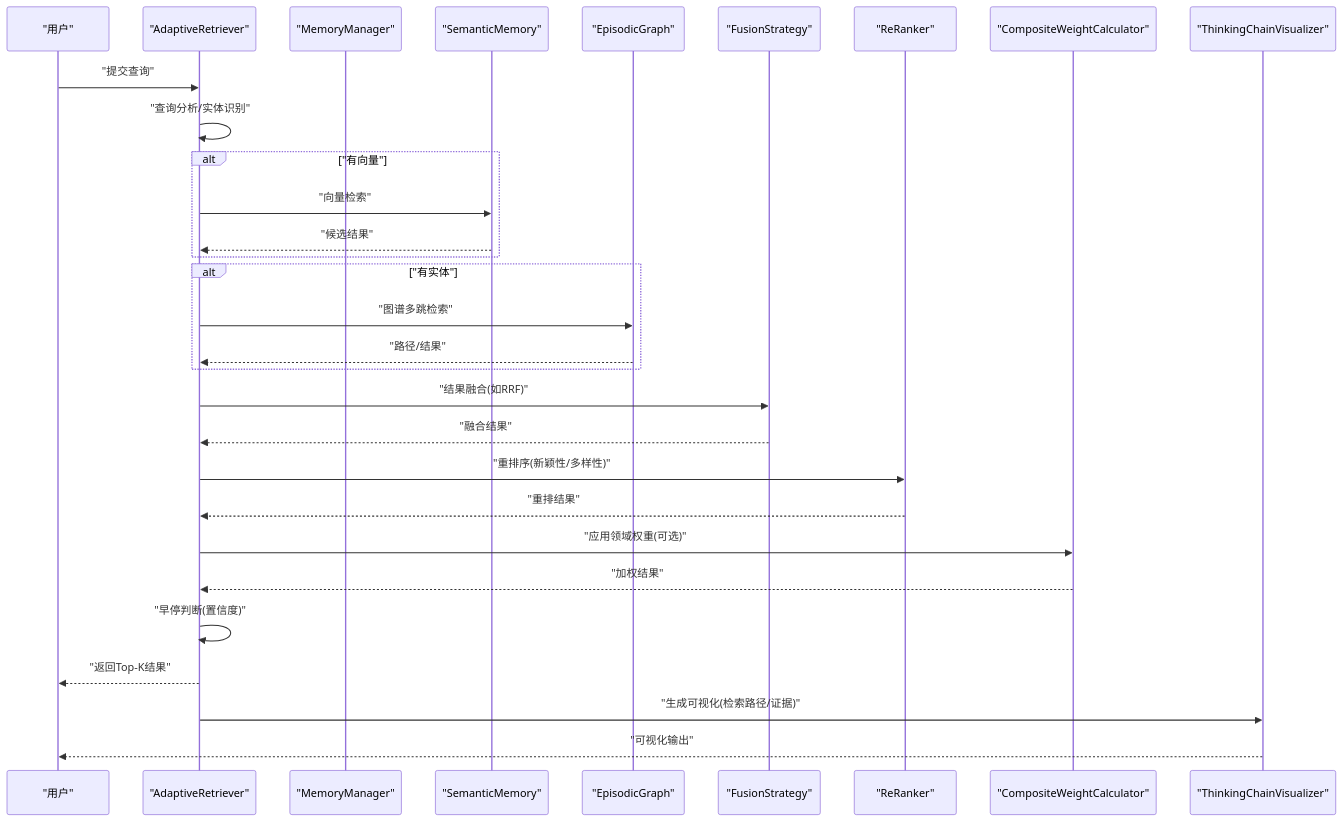
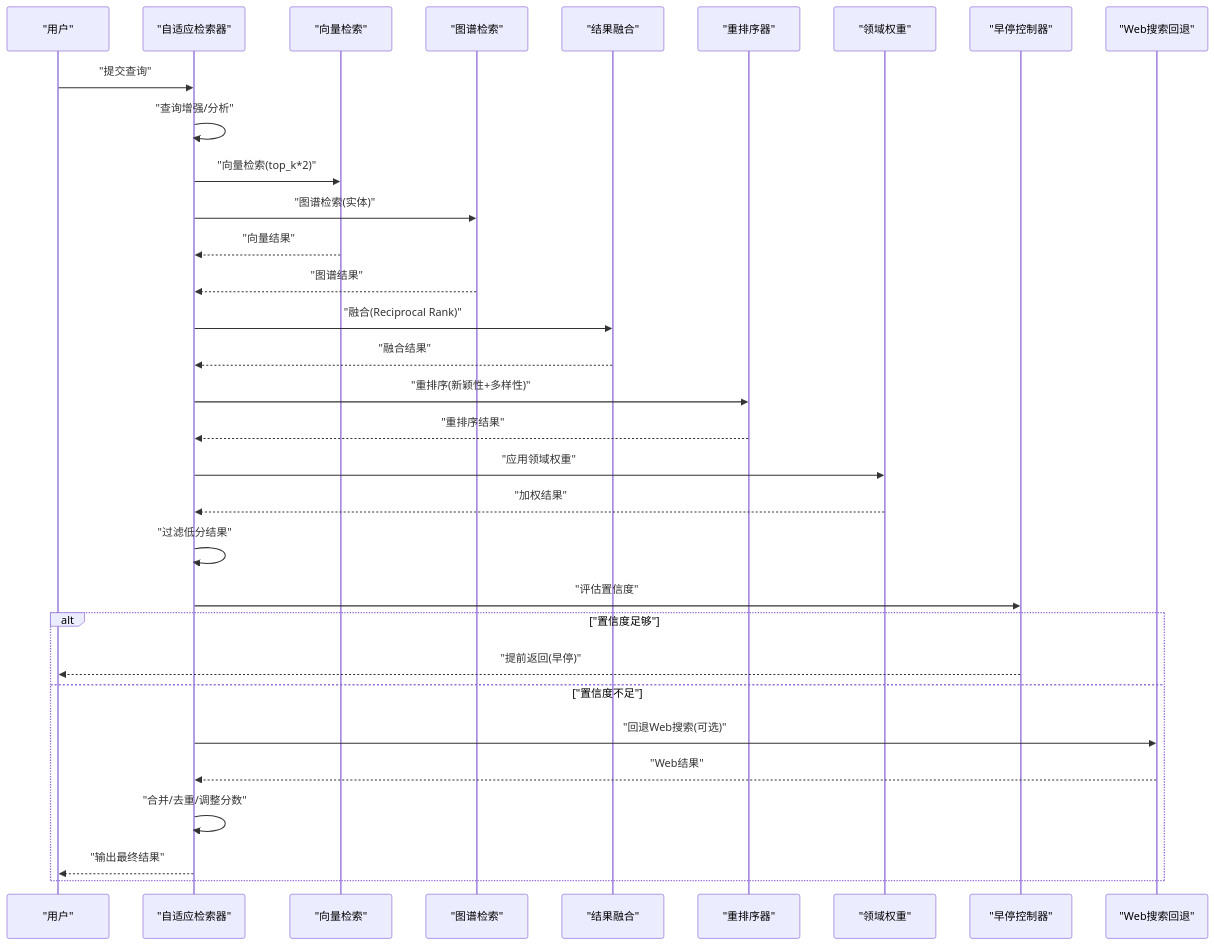
The second of 10 diagrams in .qoder/repowiki/zh/content/检索引擎模块/检索引擎模块.md (JieGaoPrinceton/NecoRAG), drawn with Mermaid before and after one commit. The commit also changed other lines of this file and 181 other files, not shown here.

````diff
--- a/.qoder/repowiki/zh/content/检索引擎模块/检索引擎模块.md
+++ b/.qoder/repowiki/zh/content/检索引擎模块/检索引擎模块.md
@@ -131,32 +106,34 @@
 ```mermaid
 sequenceDiagram
 participant U as "用户"
-participant AR as "AdaptiveRetriever"
-participant MM as "MemoryManager"
-participant SM as "SemanticMemory"
-participant EG as "EpisodicGraph"
-participant FS as "FusionStrategy"
-participant RR as "ReRanker"
-participant WC as "CompositeWeightCalculator"
-participant TV as "ThinkingChainVisualizer"
+participant AR as "自适应检索器"
+participant VR as "向量检索"
+participant GR as "图谱检索"
+participant FS as "结果融合"
+participant RR as "重排序器"
+participant DW as "领域权重"
+participant ET as "早停控制器"
+participant WS as "Web搜索回退"
 U->>AR : "提交查询"
-AR->>AR : "查询分析/实体识别"
-alt "有向量"
-AR->>SM : "向量检索"
-SM-->>AR : "候选结果"
+AR->>AR : "查询增强/分析"
+AR->>VR : "向量检索(top_k*2)"
+AR->>GR : "图谱检索(实体)"
+VR-->>AR : "向量结果"
+GR-->>AR : "图谱结果"
+AR->>FS : "融合(Reciprocal Rank)"
+FS-->>AR : "融合结果"
+AR->>RR : "重排序(新颖性+多样性)"
+RR-->>AR : "重排序结果"
+AR->>DW : "应用领域权重"
+DW-->>AR : "加权结果"
+AR->>AR : "过滤低分结果"
+AR->>ET : "评估置信度"
+alt "置信度足够"
+ET-->>U : "提前返回(早停)"
+else "置信度不足"
+AR->>WS : "回退Web搜索(可选)"
+WS-->>AR : "Web结果"
+AR->>AR : "合并/去重/调整分数"
+AR-->>U : "输出最终结果"
 end
-alt "有实体"
-AR->>EG : "图谱多跳检索"
-EG-->>AR : "路径/结果"
-end
-AR->>FS : "结果融合(如RRF)"
-FS-->>AR : "融合结果"
-AR->>RR : "重排序(新颖性/多样性)"
-RR-->>AR : "重排结果"
-AR->>WC : "应用领域权重(可选)"
-WC-->>AR : "加权结果"
-AR->>AR : "早停判断(置信度)"
-AR-->>U : "返回Top-K结果"
-AR->>TV : "生成可视化(检索路径/证据)"
-TV-->>U : "可视化输出"
 ```
````
